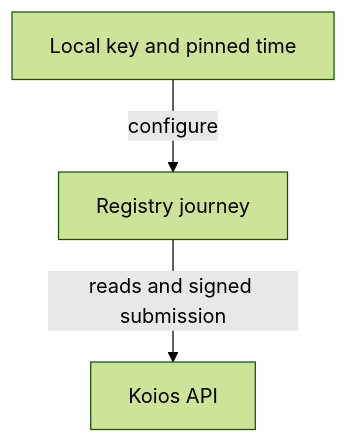
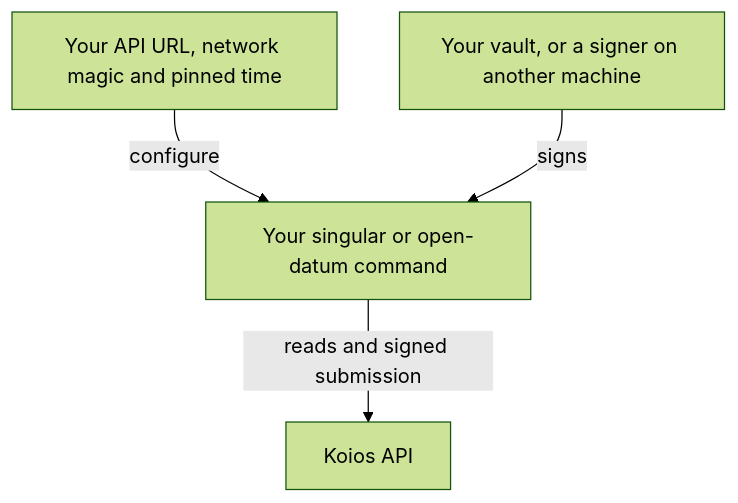
Before and after one commit to lambdasistemi/singular: the first of 2 diagrams in docs/consumer-onboarding.md, drawn with Mermaid (forest theme). The commit also changed other lines of this file and 39 other files, not shown here.

First line of the commit message:
docs: the integrator guide teaches the vault and the external signer only

````diff
--- a/docs/consumer-onboarding.md
+++ b/docs/consumer-onboarding.md
@@ -32,5 +26,6 @@
 ```mermaid
 flowchart TB
-    C[Local key and pinned time] -->|configure| J[Registry journey]
-    J -->|reads and signed submission| P[Koios API]
+    C[Your API URL, network magic and pinned time] -->|configure| W[Your singular or open-datum command]
+    S[Your vault, or a signer on another machine] -->|signs| W
+    W -->|reads and signed submission| P[Koios API]
 ```
````
